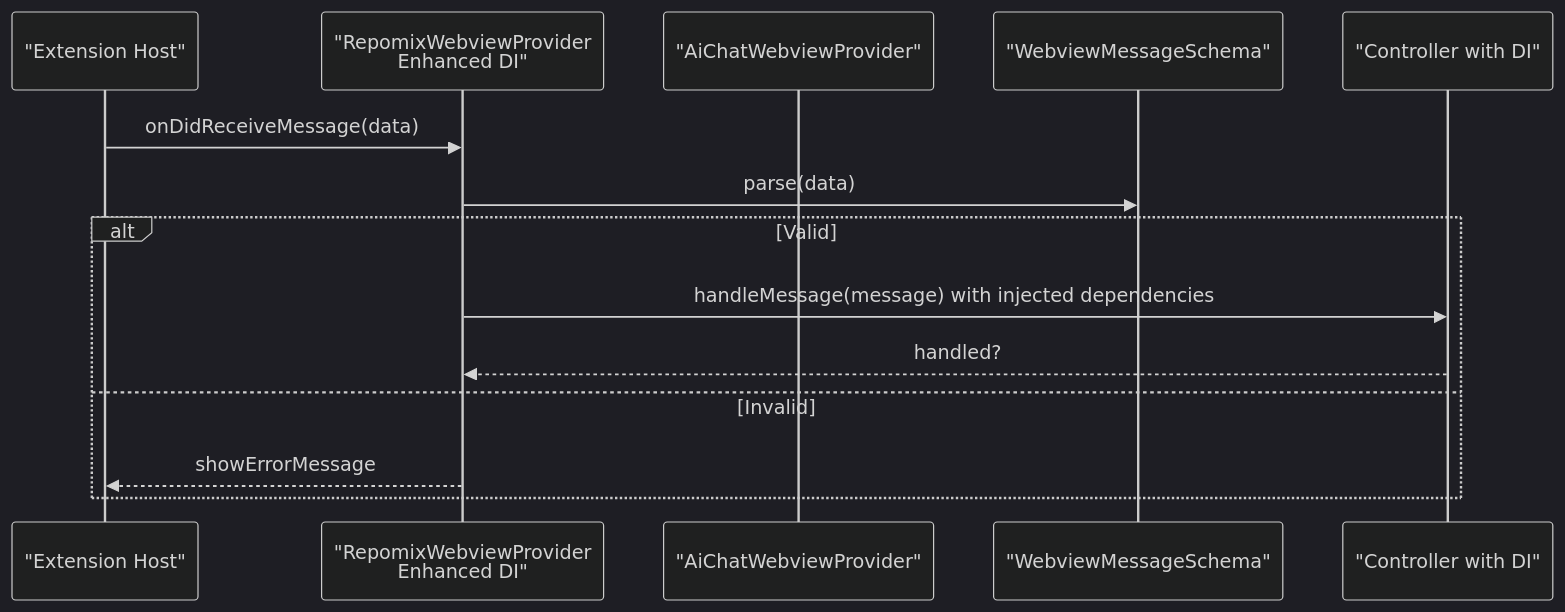
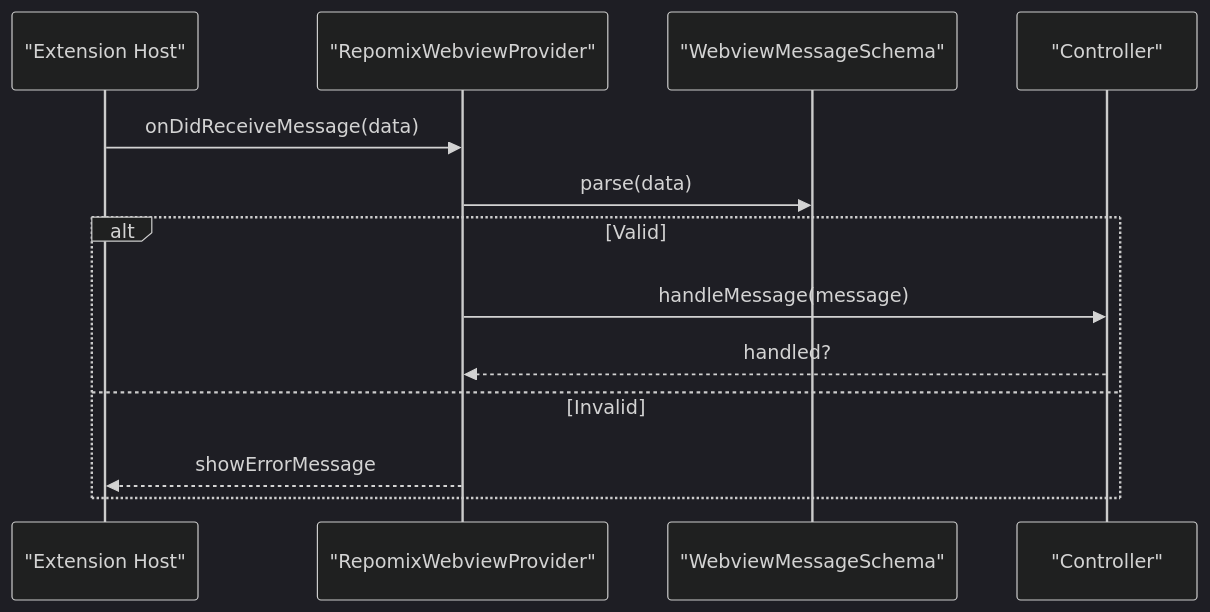
One commit to bramburn/repomix-runner changed the fifth of 10 diagrams in .qoder/repowiki/en/content/Webview Interface/Webview Interface.md. Above: the diagram before and after it, drawn with Mermaid (dark theme). The commit also changed other lines of this file and 41 other files, not shown here.

````diff
--- a/.qoder/repowiki/en/content/Webview Interface/Webview Interface.md
+++ b/.qoder/repowiki/en/content/Webview Interface/Webview Interface.md
@@ -495,16 +303,15 @@
 ```mermaid
 sequenceDiagram
 participant EXT as "Extension Host"
-participant RPV as "RepomixWebviewProvider<br/>Enhanced DI"
-participant AICHPV as "AiChatWebviewProvider"
+participant RPV as "RepomixWebviewProvider"
 participant SCHEMA as "WebviewMessageSchema"
-participant CTRL as "Controller with DI"
+participant CTRL as "Controller"
 EXT->>RPV : onDidReceiveMessage(data)
 RPV->>SCHEMA : parse(data)
 alt Valid
-RPV->>CTRL : handleMessage(message) with injected dependencies
+RPV->>CTRL : handleMessage(message)
 CTRL-->>RPV : handled?
 else Invalid
 RPV-->>EXT : showErrorMessage
 end
 ```
````
